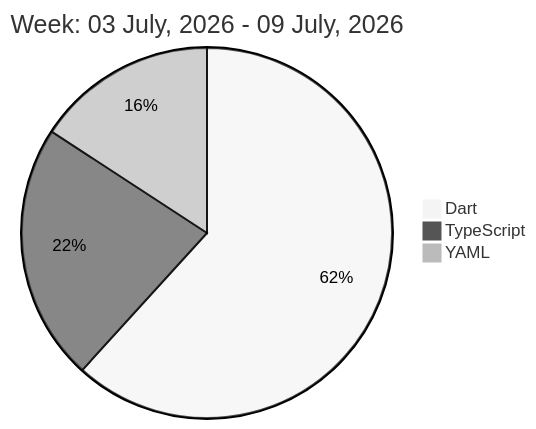
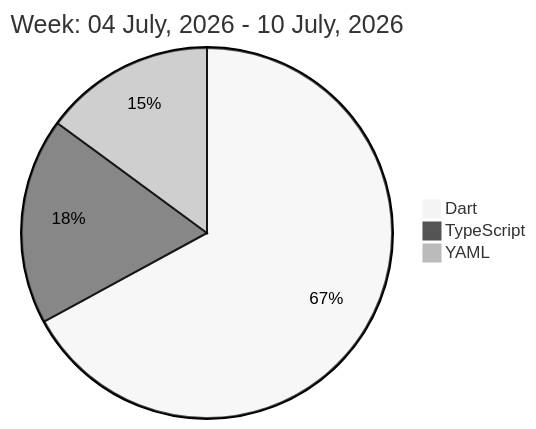
Before and after one commit to liubin95/liubin95: the diagram in README.md, drawn with Mermaid (neutral theme).

Commit message:
Updated the Graph with new Metrics

````diff
--- a/README.md
+++ b/README.md
@@ -32,7 +32,7 @@
 ```mermaid
  pie
-title Week: 03 July, 2026 - 09 July, 2026
- "Dart" : 7.7
+title Week: 04 July, 2026 - 10 July, 2026
+ "Dart" : 10.43
  "TypeScript" : 2.8
- "YAML" : 1.97
+ "YAML" : 2.32
 ```
````
